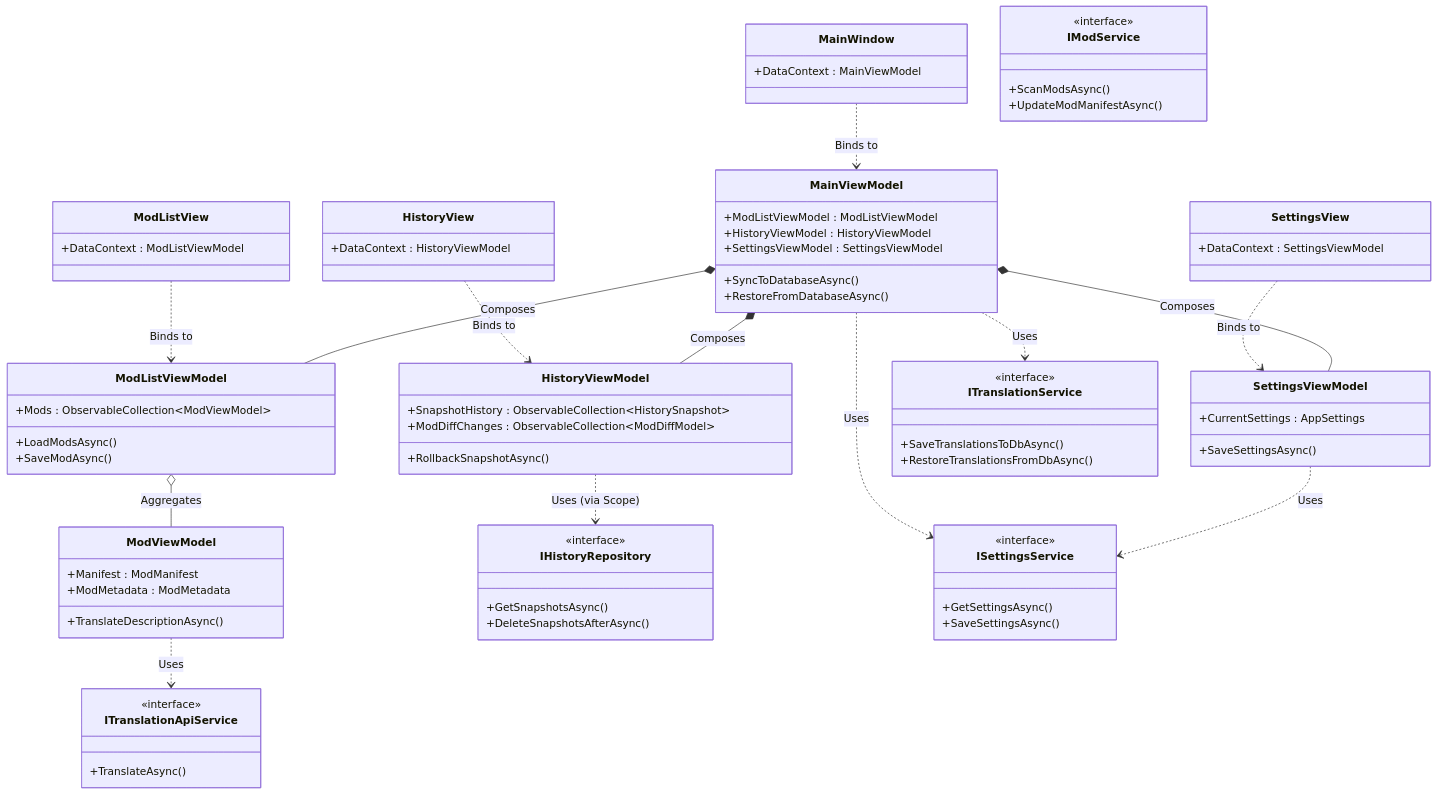
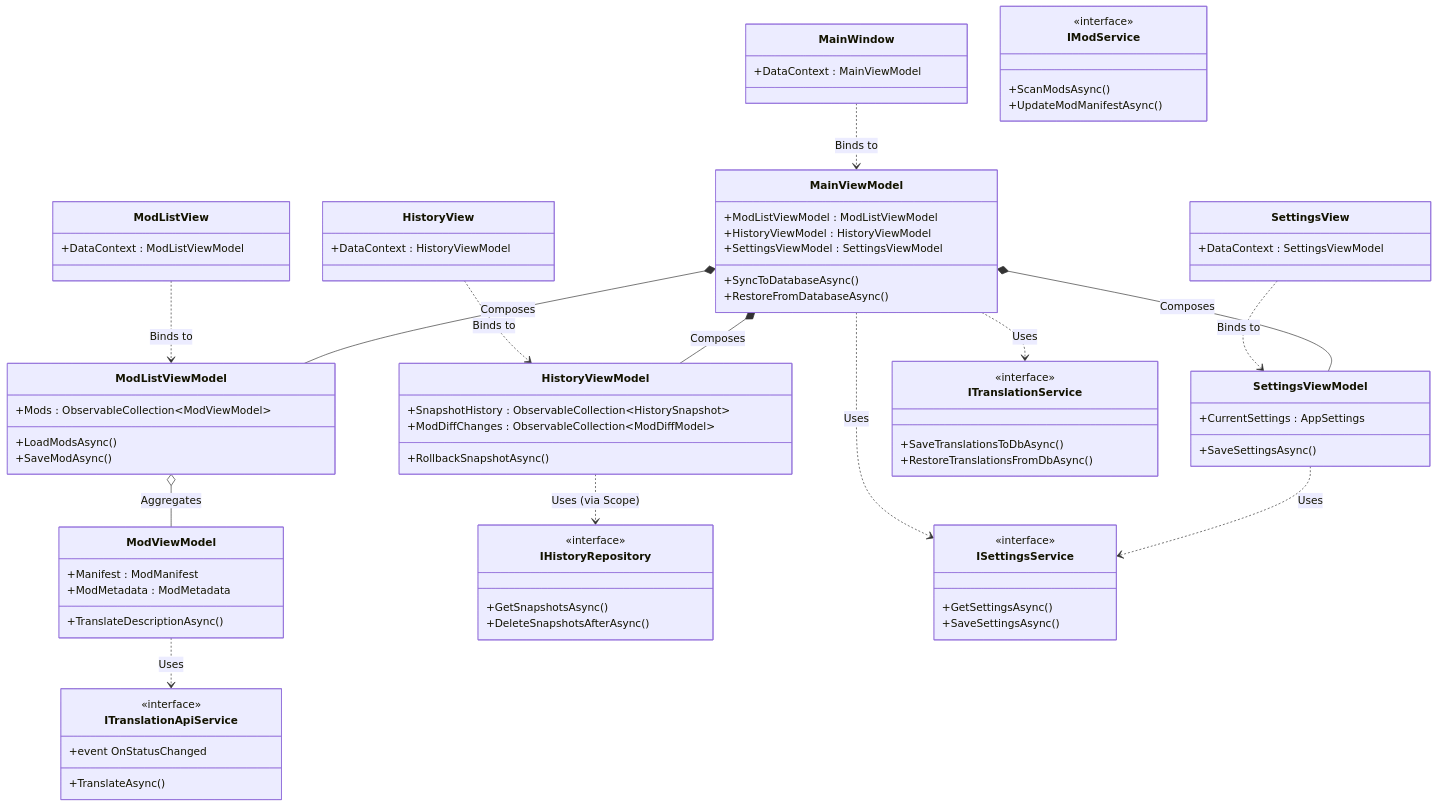
Before and after one commit to Sisyphean-a/SMTMS: the second of 5 diagrams in docs/ARCHITECTURE.md, drawn with Mermaid. The commit also changed other lines of this file, not shown here.

Commit message:
docs(architecture): 更新翻译服务架构描述

```diff
--- a/docs/ARCHITECTURE.md
+++ b/docs/ARCHITECTURE.md
@@ -111,6 +111,7 @@
     class ITranslationApiService {
         <<interface>>
         +TranslateAsync()
+        +event OnStatusChanged
     }
 
     %% Relationships
```
